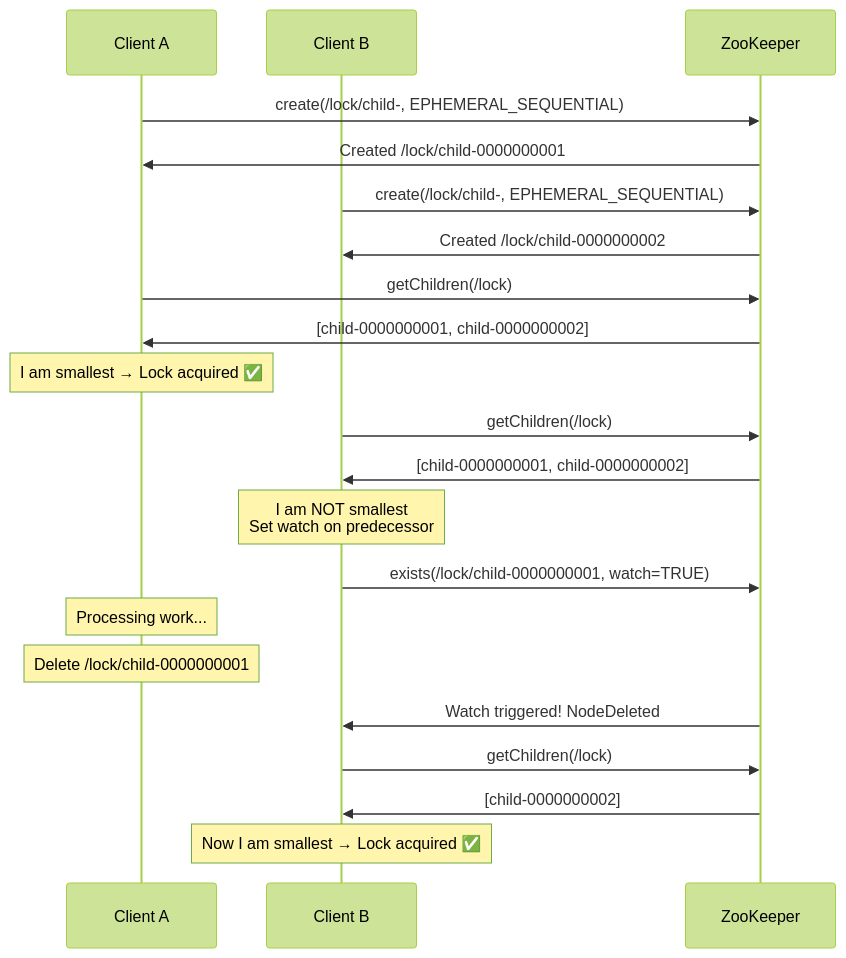
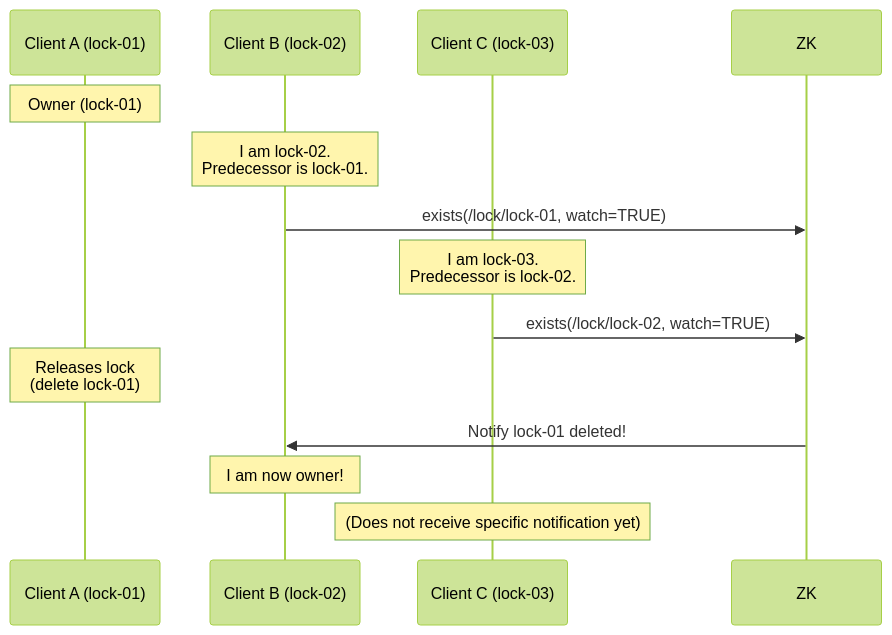
One commit to Anmol33/SystemDesign changed the ninth of 9 diagrams in Coordination/03_Apache_ZooKeeper.md. Above: the diagram before and after it, drawn with Mermaid (forest theme). The commit also changed other lines of this file and 5 other files, not shown here.

````diff
--- a/Coordination/03_Apache_ZooKeeper.md
+++ b/Coordination/03_Apache_ZooKeeper.md
@@ -474,34 +672,21 @@
 ```mermaid
 sequenceDiagram
-    participant CA as Client A
-    participant CB as Client B
-    participant ZK as ZooKeeper
+    participant CA as Client A (lock-01)
+    participant CB as Client B (lock-02)
+    participant CC as Client C (lock-03)
     
-    CA->>ZK: create(/lock/child-, EPHEMERAL_SEQUENTIAL)
-    ZK->>CA: Created /lock/child-0000000001
+    Note over CA: Owner (lock-01)
     
-    CB->>ZK: create(/lock/child-, EPHEMERAL_SEQUENTIAL)
-    ZK->>CB: Created /lock/child-0000000002
+    Note over CB: I am lock-02.<br/>Predecessor is lock-01.
+    CB->>ZK: exists(/lock/lock-01, watch=TRUE)
     
-    CA->>ZK: getChildren(/lock)
-    ZK->>CA: [child-0000000001, child-0000000002]
+    Note over CC: I am lock-03.<br/>Predecessor is lock-02.
+    CC->>ZK: exists(/lock/lock-02, watch=TRUE)
     
-    Note over CA: I am smallest → Lock acquired ✅
+    Note over CA: Releases lock<br/>(delete lock-01)
     
-    CB->>ZK: getChildren(/lock)
-    ZK->>CB: [child-0000000001, child-0000000002]
+    ZK->>CB: Notify lock-01 deleted!
+    Note over CB: I am now owner!
     
-    Note over CB: I am NOT smallest<br/>Set watch on predecessor
-    
-    CB->>ZK: exists(/lock/child-0000000001, watch=TRUE)
-    
-    Note over CA: Processing work...
-    Note over CA: Delete /lock/child-0000000001
-    
-    ZK->>CB: Watch triggered! NodeDeleted
-    
-    CB->>ZK: getChildren(/lock)
-    ZK->>CB: [child-0000000002]
-    
-    Note over CB: Now I am smallest → Lock acquired ✅
+    Note over CC: (Does not receive specific notification yet)
 ```
````
